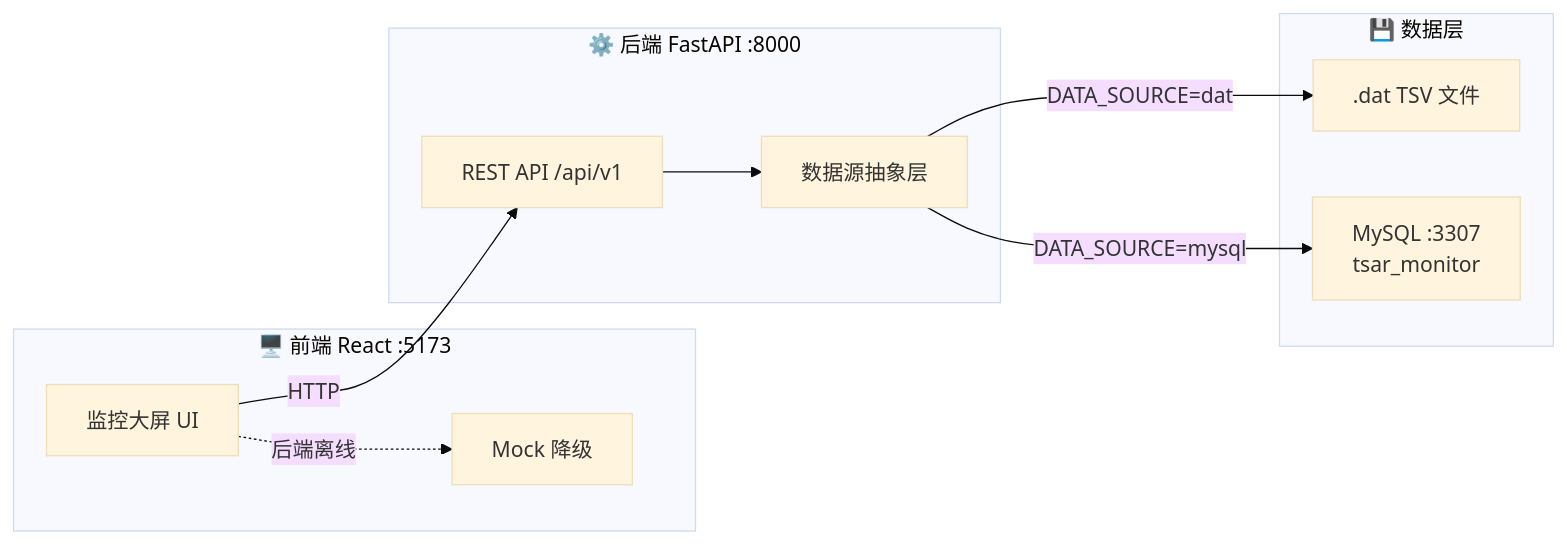
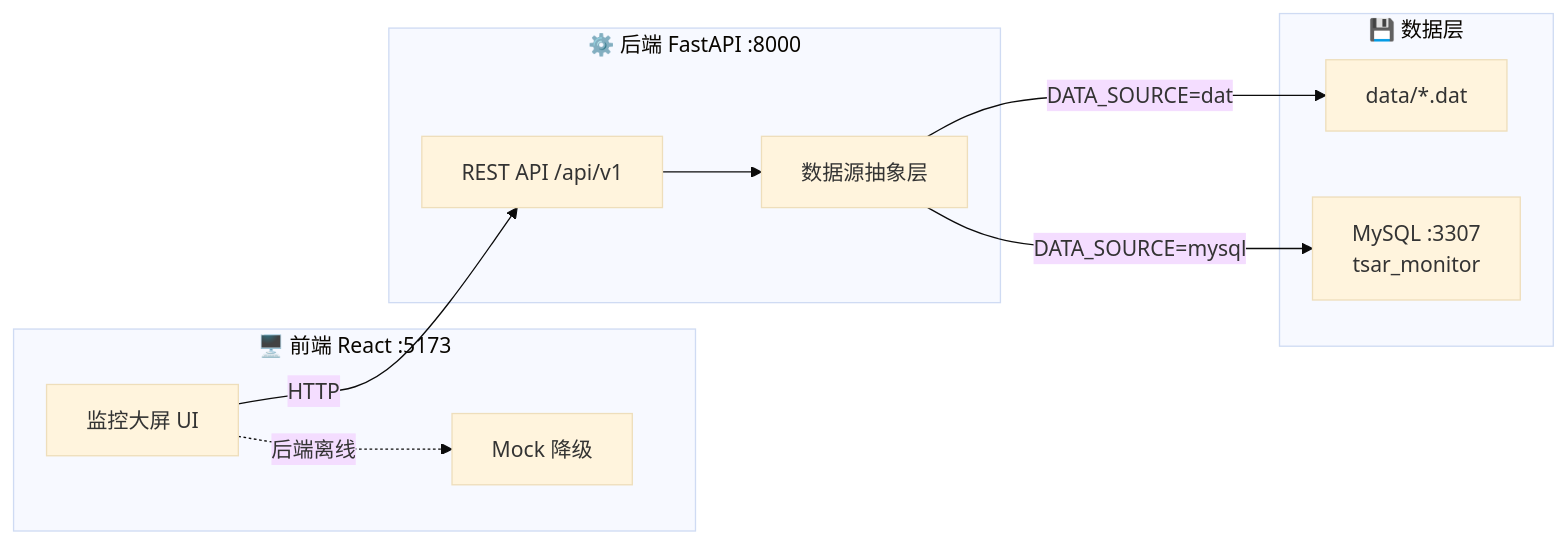
The diagram in README.md (VCsram/Server_Cluster_DataMonitoring_Dashboard), drawn with Mermaid (base theme) before and after one commit. The commit also changed other lines of this file and 2 other files, not shown here.

Commit message:
README实际效果截图

````diff
--- a/README.md
+++ b/README.md
@@ -80,23 +322,23 @@
 ```mermaid
 flowchart LR
     subgraph Frontend["🖥️ 前端 React :5173"]
         UI["监控大屏 UI"]
         Mock["Mock 降级"]
     end
 
     subgraph Backend["⚙️ 后端 FastAPI :8000"]
         API["REST API /api/v1"]
         DS["数据源抽象层"]
     end
 
     subgraph Data["💾 数据层"]
-        DAT[".dat TSV 文件"]
+        DAT["data/*.dat"]
         MySQL["MySQL :3307<br/>tsar_monitor"]
     end
 
     UI -->|HTTP| API
     UI -.->|后端离线| Mock
     API --> DS
     DS -->|DATA_SOURCE=dat| DAT
     DS -->|DATA_SOURCE=mysql| MySQL
 ```
````
